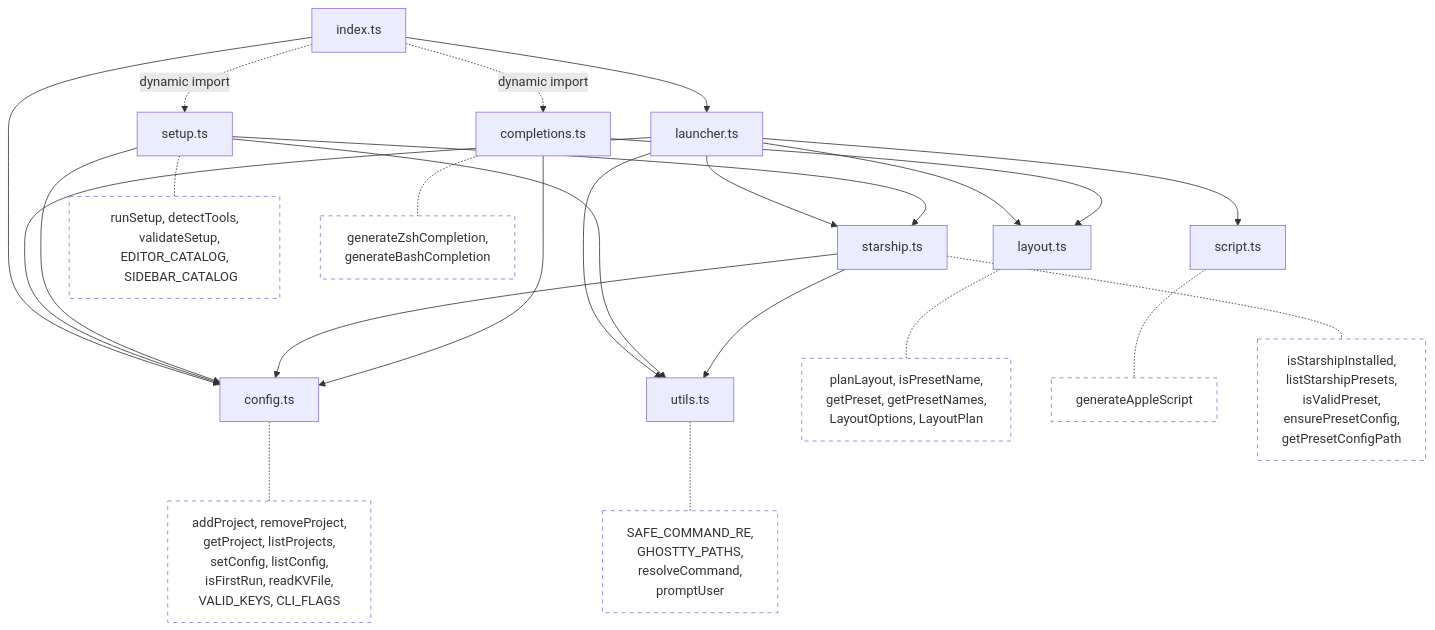
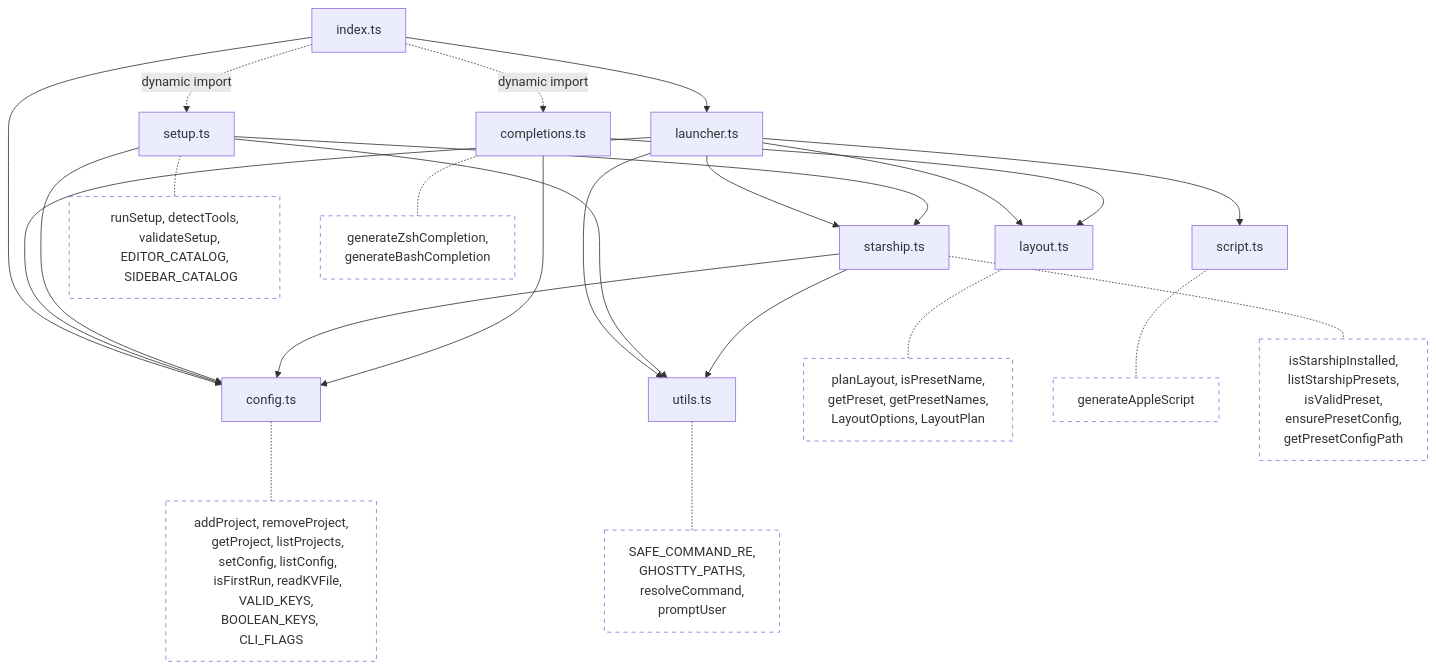
One commit to juan294/summon changed the first of 4 diagrams in docs/architecture.md. Above: the diagram before and after it, drawn with Mermaid. The commit also changed other lines of this file and 7 other files, not shown here.

````diff
--- a/docs/architecture.md
+++ b/docs/architecture.md
@@ -24,51 +24,51 @@
 ```mermaid
 graph TD
     index[index.ts] --> config[config.ts]
     index --> launcher[launcher.ts]
     index -.->|dynamic import| setup[setup.ts]
     index -.->|dynamic import| completions[completions.ts]
     launcher --> config
     launcher --> layout[layout.ts]
     launcher --> script[script.ts]
     launcher --> utils[utils.ts]
     launcher --> starship[starship.ts]
     setup --> config
     setup --> utils
     setup --> starship
     starship --> config
     starship --> utils
     completions --> config
     completions --> layout
 
     config -.- cfg_fns["addProject, removeProject,
     getProject, listProjects,
     setConfig, listConfig,
     isFirstRun, readKVFile,
-    VALID_KEYS, CLI_FLAGS"]
+    VALID_KEYS, BOOLEAN_KEYS, CLI_FLAGS"]
     layout -.- lay_fns["planLayout, isPresetName,
     getPreset, getPresetNames,
     LayoutOptions, LayoutPlan"]
     script -.- scr_fns["generateAppleScript"]
     utils -.- util_fns["SAFE_COMMAND_RE,
     GHOSTTY_PATHS,
     resolveCommand,
     promptUser"]
     starship -.- star_fns["isStarshipInstalled,
     listStarshipPresets,
     isValidPreset,
     ensurePresetConfig,
     getPresetConfigPath"]
     setup -.- setup_fns["runSetup, detectTools,
     validateSetup, EDITOR_CATALOG,
     SIDEBAR_CATALOG"]
     completions -.- comp_fns["generateZshCompletion,
     generateBashCompletion"]
 
     style cfg_fns fill:none,stroke-dasharray:5
     style lay_fns fill:none,stroke-dasharray:5
     style scr_fns fill:none,stroke-dasharray:5
     style util_fns fill:none,stroke-dasharray:5
     style setup_fns fill:none,stroke-dasharray:5
     style star_fns fill:none,stroke-dasharray:5
     style comp_fns fill:none,stroke-dasharray:5
 ```
````
